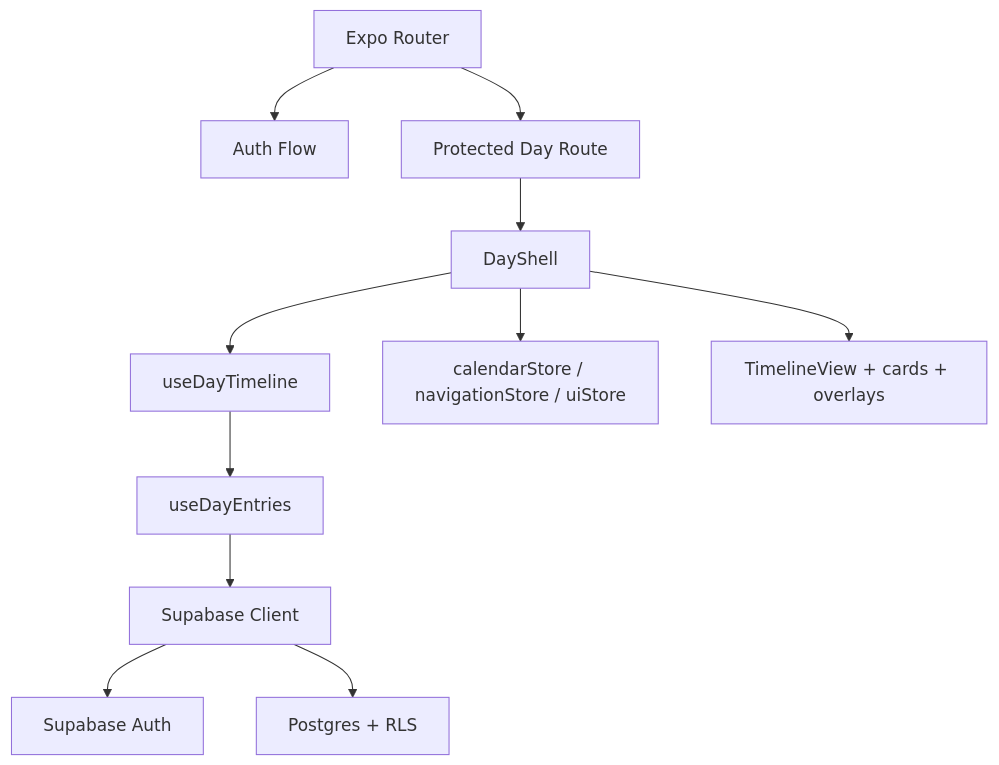
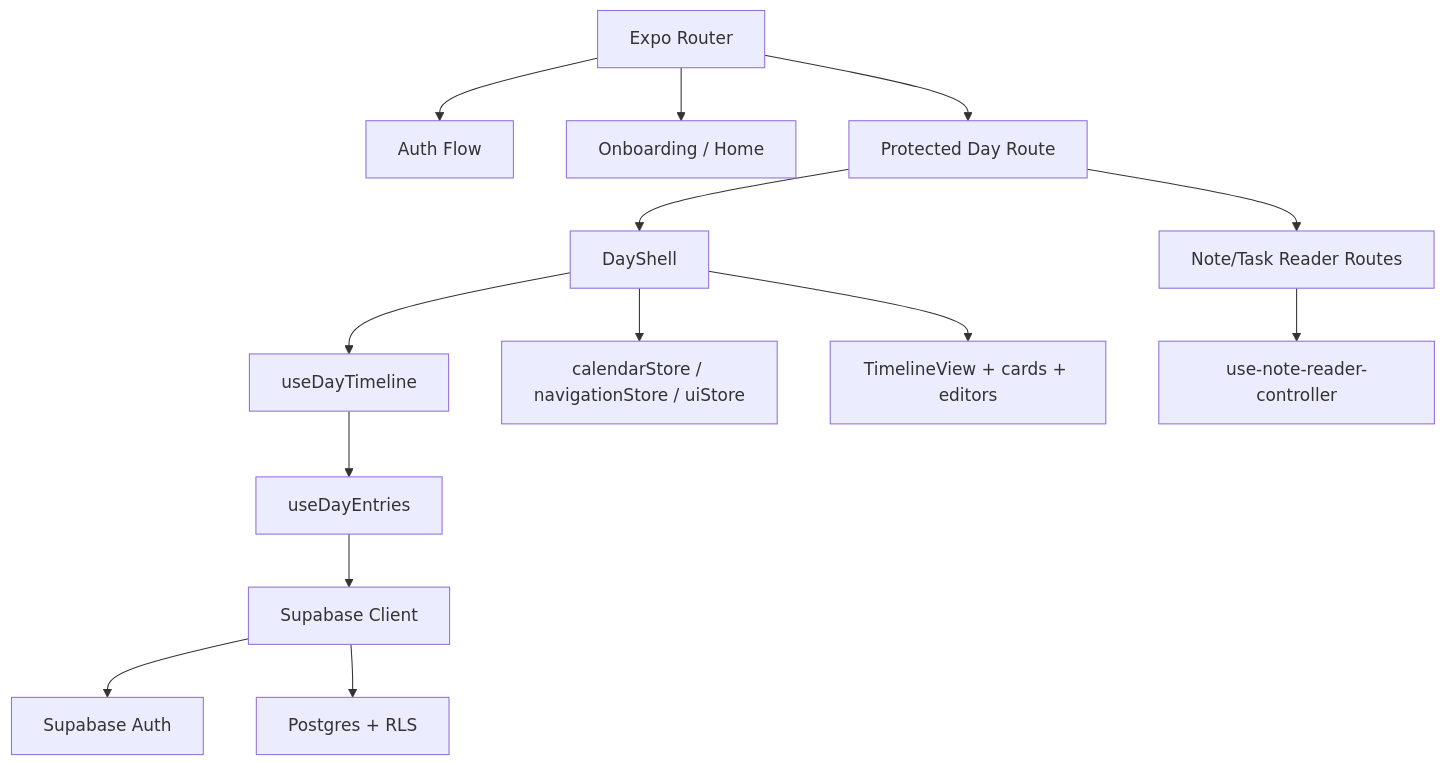
Before and after one commit to smoverkill-arch/Echotes: the diagram in docs-canonical/ARCHITECTURE.md, drawn with Mermaid. The commit also changed other lines of this file and 45 other files, not shown here.

First line of the commit message:
Add day routes, onboarding and UI components

````diff
--- a/docs-canonical/ARCHITECTURE.md
+++ b/docs-canonical/ARCHITECTURE.md
@@ -332,13 +352,16 @@
 ```mermaid
 flowchart TD
   A["Expo Router"] --> B["Auth Flow"]
+  A --> O["Onboarding / Home"]
   A --> C["Protected Day Route"]
   C --> D["DayShell"]
+  C --> R["Note/Task Reader Routes"]
   D --> E["useDayTimeline"]
   E --> F["useDayEntries"]
   F --> G["Supabase Client"]
   D --> H["calendarStore / navigationStore / uiStore"]
-  D --> I["TimelineView + cards + overlays"]
+  D --> I["TimelineView + cards + editors"]
+  R --> S["use-note-reader-controller"]
   G --> J["Supabase Auth"]
   G --> K["Postgres + RLS"]
 ```
````
